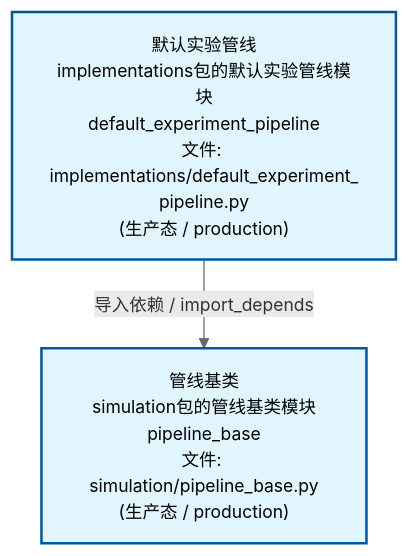
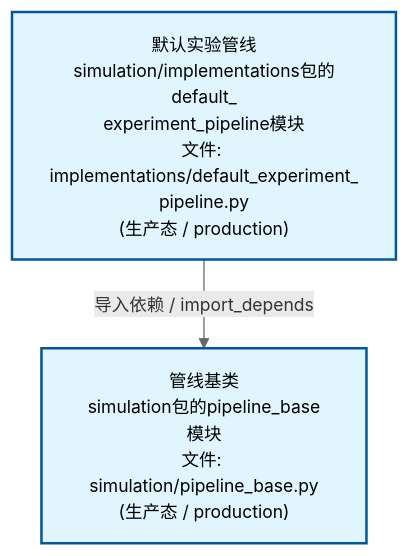
One commit to xuanFelixVan/ZephyrAlpha changed the second of 4 diagrams in docs/02_enterprise_architecture/02_domain_architecture_docs/70_d_simulation.md. Above: the diagram before and after it, drawn with Mermaid. The commit also changed other lines of this file and 61 other files, not shown here.

````diff
--- a/docs/02_enterprise_architecture/02_domain_architecture_docs/70_d_simulation.md
+++ b/docs/02_enterprise_architecture/02_domain_architecture_docs/70_d_simulation.md
@@ -95,12 +95,12 @@
 ```mermaid
 %%{init: {'theme': 'base', 'themeVariables': {'primaryColor': '#eaeaea', 'primaryTextColor': '#333333', 'primaryBorderColor': '#666666', 'lineColor': '#666666', 'secondaryColor': '#eaeaea', 'tertiaryColor': '#eaeaea', 'fontSize': '14px'}}}%%
 flowchart TD
-    src_zephyr_simulation_implementations_default_experiment_pipeline_py["默认实验管线<br/>implementations包的默认实验管线模块<br/>default_experiment_pipeline<br/>文件: implementations/default_experiment_<br/>pipeline.py<br/>(生产态 / production)"]
-    src_zephyr_simulation_pipeline_base_py["管线基类<br/>simulation包的管线基类模块<br/>pipeline_base<br/>文件: simulation/pipeline_base.py<br/>(生产态 / production)"]
+    src_zephyr_simulation_implementations_default_experiment_pipeline_py["默认实验管线<br/>simulation/implementations包的default_<br/>experiment_pipeline模块<br/>文件: implementations/default_experiment_<br/>pipeline.py<br/>(生产态 / production)"]
+    src_zephyr_simulation_pipeline_base_py["管线基类<br/>simulation包的pipeline_base模块<br/>文件: simulation/pipeline_base.py<br/>(生产态 / production)"]
     src_zephyr_simulation_implementations_default_experiment_pipeline_py -->|导入依赖 / import_depends| src_zephyr_simulation_pipeline_base_py
     classDef production fill:#e1f5fe,stroke:#01579b,stroke-width:2px,color:#000
     classDef design fill:#fff3e0,stroke:#e65100,stroke-width:2px,color:#000,stroke-dasharray: 5 5
     classDef external_prod fill:#e8f4fd,stroke:#0277bd,stroke-width:1px,color:#000
     classDef external_design fill:#fff8e7,stroke:#ef6c00,stroke-width:1px,color:#000,stroke-dasharray: 5 5
     class src_zephyr_simulation_implementations_default_experiment_pipeline_py,src_zephyr_simulation_pipeline_base_py production
 ```
````
